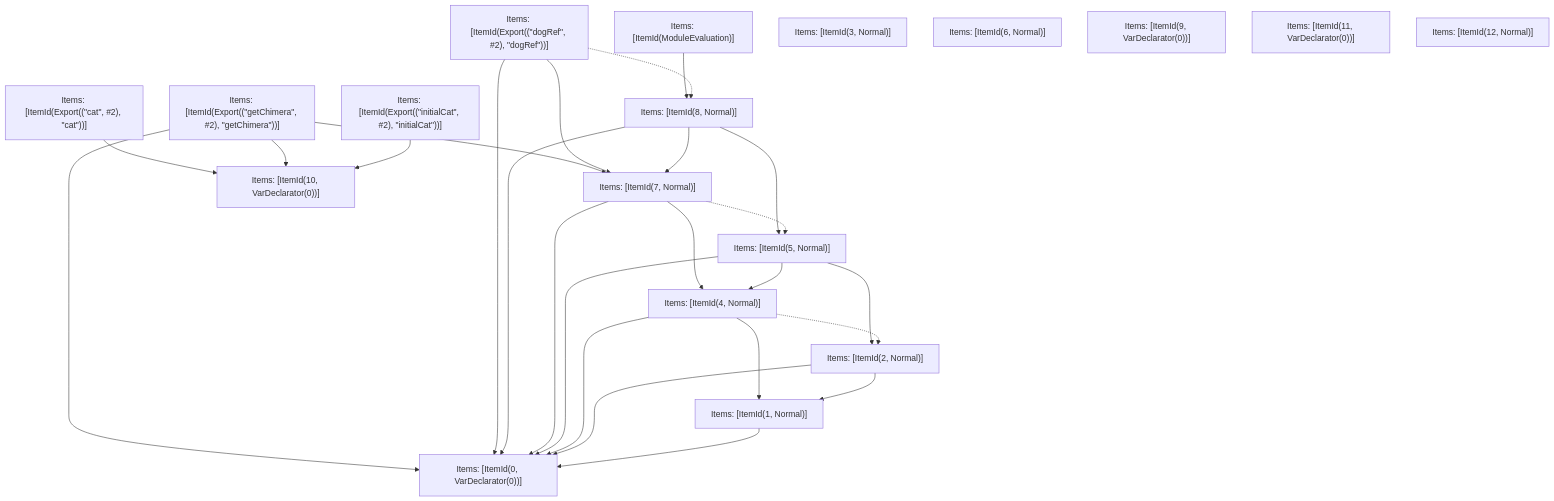
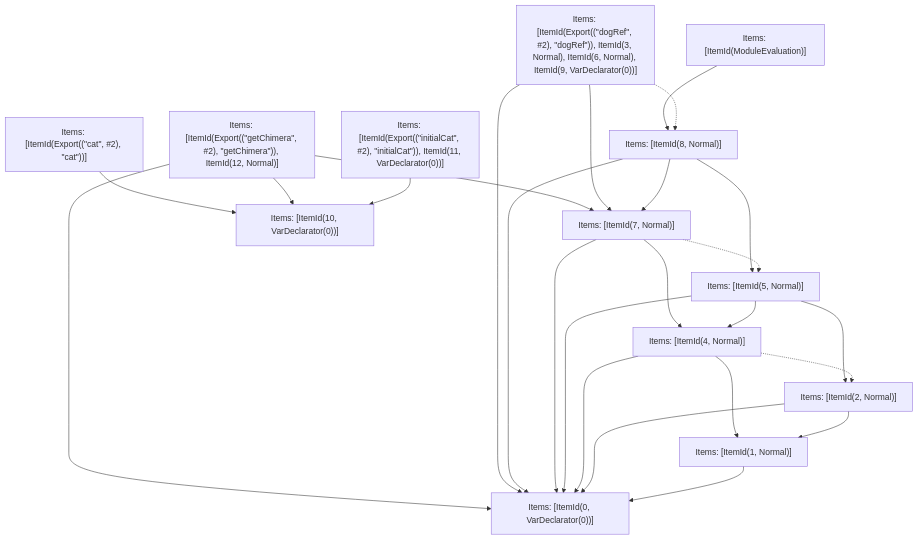
One commit to Sonar-UX-Testing-FreePlan/next.js changed the fifth of 5 diagrams in turbopack/crates/turbopack-ecmascript/tests/tree-shaker/analyzer/complex/output.md. Above: the diagram before and after it, drawn with Mermaid. The commit also changed other lines of this file and 38 other files, not shown here.

````diff
--- a/turbopack/crates/turbopack-ecmascript/tests/tree-shaker/analyzer/complex/output.md
+++ b/turbopack/crates/turbopack-ecmascript/tests/tree-shaker/analyzer/complex/output.md
@@ -351,45 +351,40 @@
 ```mermaid
 graph TD
     N0["Items: [ItemId(ModuleEvaluation)]"];
     N1["Items: [ItemId(Export((&quot;cat&quot;, #2), &quot;cat&quot;))]"];
-    N2["Items: [ItemId(Export((&quot;dogRef&quot;, #2), &quot;dogRef&quot;))]"];
-    N3["Items: [ItemId(Export((&quot;getChimera&quot;, #2), &quot;getChimera&quot;))]"];
-    N4["Items: [ItemId(Export((&quot;initialCat&quot;, #2), &quot;initialCat&quot;))]"];
+    N2["Items: [ItemId(Export((&quot;dogRef&quot;, #2), &quot;dogRef&quot;)), ItemId(3, Normal), ItemId(6, Normal), ItemId(9, VarDeclarator(0))]"];
+    N3["Items: [ItemId(Export((&quot;getChimera&quot;, #2), &quot;getChimera&quot;)), ItemId(12, Normal)]"];
+    N4["Items: [ItemId(Export((&quot;initialCat&quot;, #2), &quot;initialCat&quot;)), ItemId(11, VarDeclarator(0))]"];
     N5["Items: [ItemId(0, VarDeclarator(0))]"];
     N6["Items: [ItemId(1, Normal)]"];
     N7["Items: [ItemId(2, Normal)]"];
     N8["Items: [ItemId(4, Normal)]"];
     N9["Items: [ItemId(5, Normal)]"];
     N10["Items: [ItemId(7, Normal)]"];
     N11["Items: [ItemId(8, Normal)]"];
     N12["Items: [ItemId(10, VarDeclarator(0))]"];
-    N13["Items: [ItemId(3, Normal)]"];
-    N14["Items: [ItemId(6, Normal)]"];
-    N15["Items: [ItemId(9, VarDeclarator(0))]"];
-    N16["Items: [ItemId(11, VarDeclarator(0))]"];
-    N17["Items: [ItemId(12, Normal)]"];
     N6 --> N5;
     N7 --> N6;
     N7 --> N5;
     N8 --> N6;
     N8 --> N5;
     N8 -.-> N7;
     N9 --> N8;
     N9 --> N5;
     N9 --> N7;
     N10 --> N8;
     N10 --> N5;
     N10 -.-> N9;
     N11 --> N10;
     N11 --> N5;
     N11 --> N9;
     N2 --> N5;
     N2 --> N10;
     N2 -.-> N11;
     N4 --> N12;
     N3 --> N12;
     N1 --> N12;
     N3 --> N10;
     N0 --> N11;
     N3 --> N5;
 ```
````
